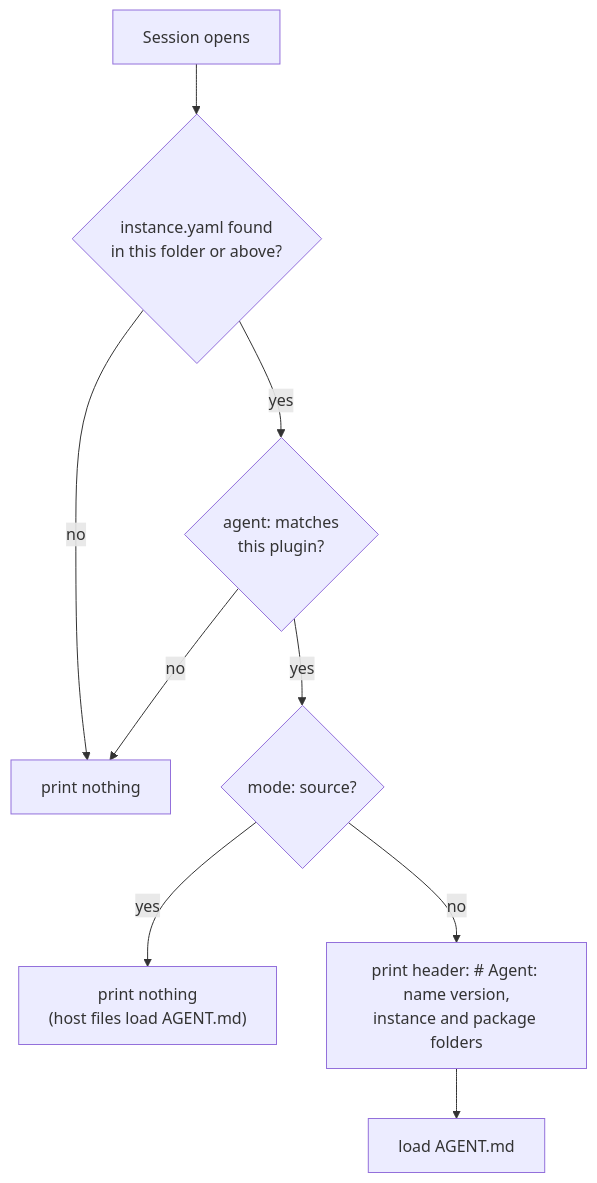
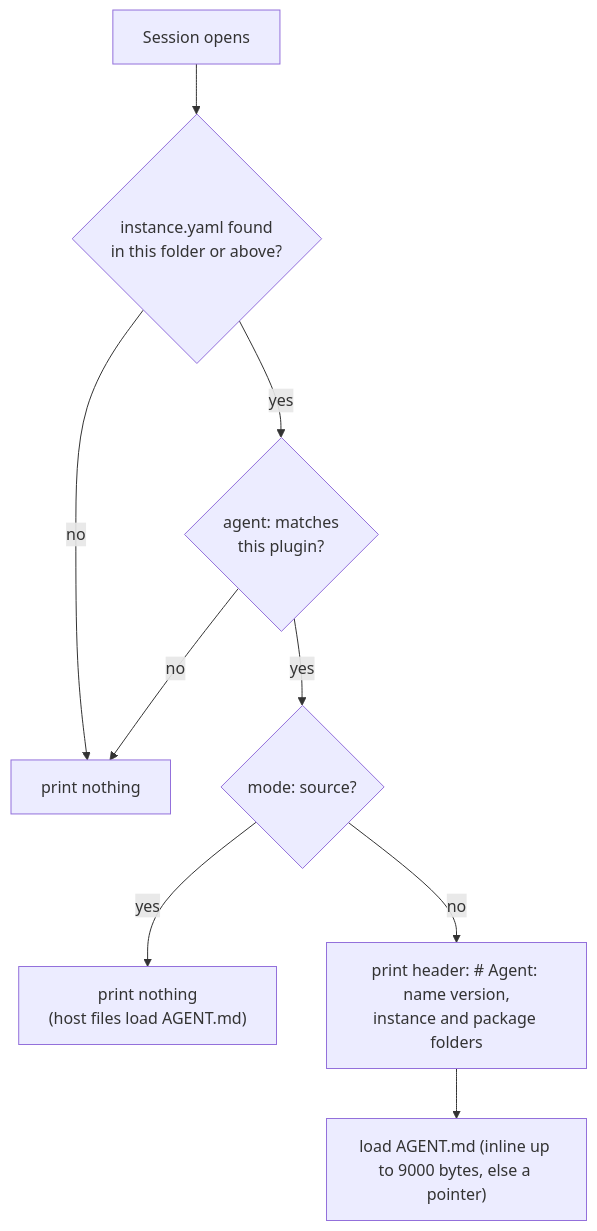
Before and after one commit to webspenser/agent-builder: the third of 6 diagrams in docs/how-it-works.md, drawn with Mermaid. The commit also changed other lines of this file, not shown here.

````diff
--- a/docs/how-it-works.md
+++ b/docs/how-it-works.md
@@ -194,11 +194,11 @@
 ```mermaid
 flowchart TD
   O["Session opens"] --> F{"instance.yaml found<br/>in this folder or above?"}
   F -- no --> Q["print nothing"]
   F -- yes --> A{"agent: matches<br/>this plugin?"}
   A -- no --> Q
   A -- yes --> M{"mode: source?"}
   M -- yes --> Q2["print nothing<br/>(host files load AGENT.md)"]
   M -- no --> H["print header: # Agent: name version,<br/>instance and package folders"]
-  H --> L["load AGENT.md"]
+  H --> L["load AGENT.md (inline up to 9000 bytes, else a pointer)"]
 ```
````
